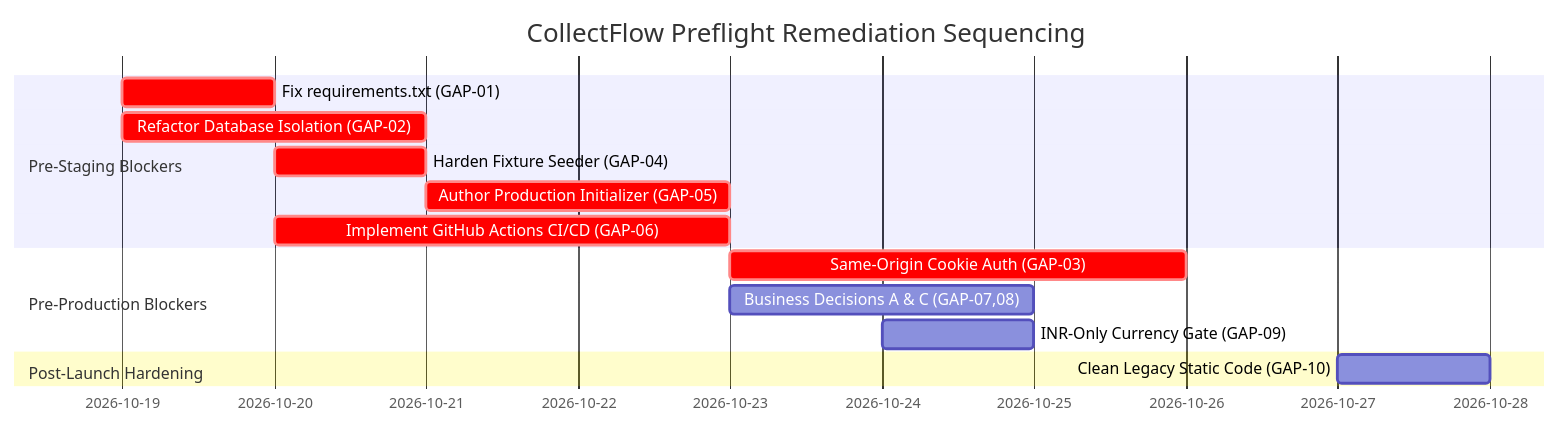
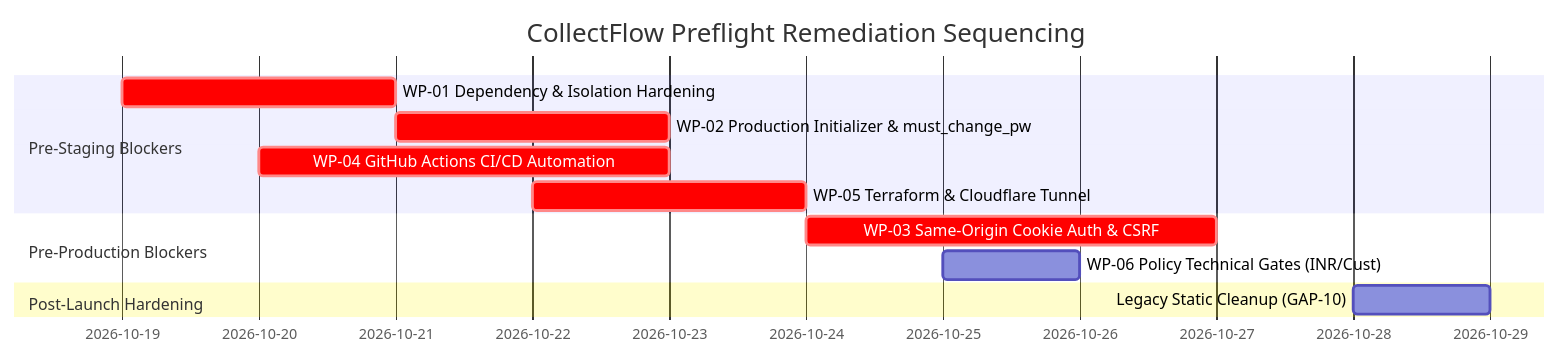
The diagram in docs/reviews/COLLECTFLOW_RELEASE_READINESS_GAP_ASSESSMENT.md (AnishB-Personal/collectflow), drawn with Mermaid before and after one commit. The commit also changed other lines of this file and 3 other files, not shown here.

````diff
--- a/docs/reviews/COLLECTFLOW_RELEASE_READINESS_GAP_ASSESSMENT.md
+++ b/docs/reviews/COLLECTFLOW_RELEASE_READINESS_GAP_ASSESSMENT.md
@@ -247,17 +235,15 @@
 ```mermaid
 gantt
     title CollectFlow Preflight Remediation Sequencing
     dateFormat  YYYY-MM-DD
     section Pre-Staging Blockers
-    Fix requirements.txt (GAP-01)          :crit, a1, 2026-10-19, 1d
-    Refactor Database Isolation (GAP-02)    :crit, a2, 2026-10-19, 2d
-    Harden Fixture Seeder (GAP-04)         :crit, a3, 2026-10-20, 1d
-    Author Production Initializer (GAP-05)  :crit, a4, 2026-10-21, 2d
-    Implement GitHub Actions CI/CD (GAP-06) :crit, a5, 2026-10-20, 3d
+    WP-01 Dependency & Isolation Hardening   :crit, a1, 2026-10-19, 2d
+    WP-02 Production Initializer & must_change_pw :crit, a2, 2026-10-21, 2d
+    WP-04 GitHub Actions CI/CD Automation   :crit, a3, 2026-10-20, 3d
+    WP-05 Terraform & Cloudflare Tunnel     :crit, a4, 2026-10-22, 2d
     section Pre-Production Blockers
-    Same-Origin Cookie Auth (GAP-03)       :crit, b1, 2026-10-23, 3d
-    Business Decisions A & C (GAP-07,08)    :b2, 2026-10-23, 2d
-    INR-Only Currency Gate (GAP-09)        :b3, 2026-10-24, 1d
+    WP-03 Same-Origin Cookie Auth & CSRF    :crit, b1, 2026-10-24, 3d
+    WP-06 Policy Technical Gates (INR/Cust) :b2, 2026-10-25, 1d
     section Post-Launch Hardening
-    Clean Legacy Static Code (GAP-10)       :c1, 2026-10-27, 1d
+    Legacy Static Cleanup (GAP-10)          :c1, 2026-10-28, 1d
 ```
````
